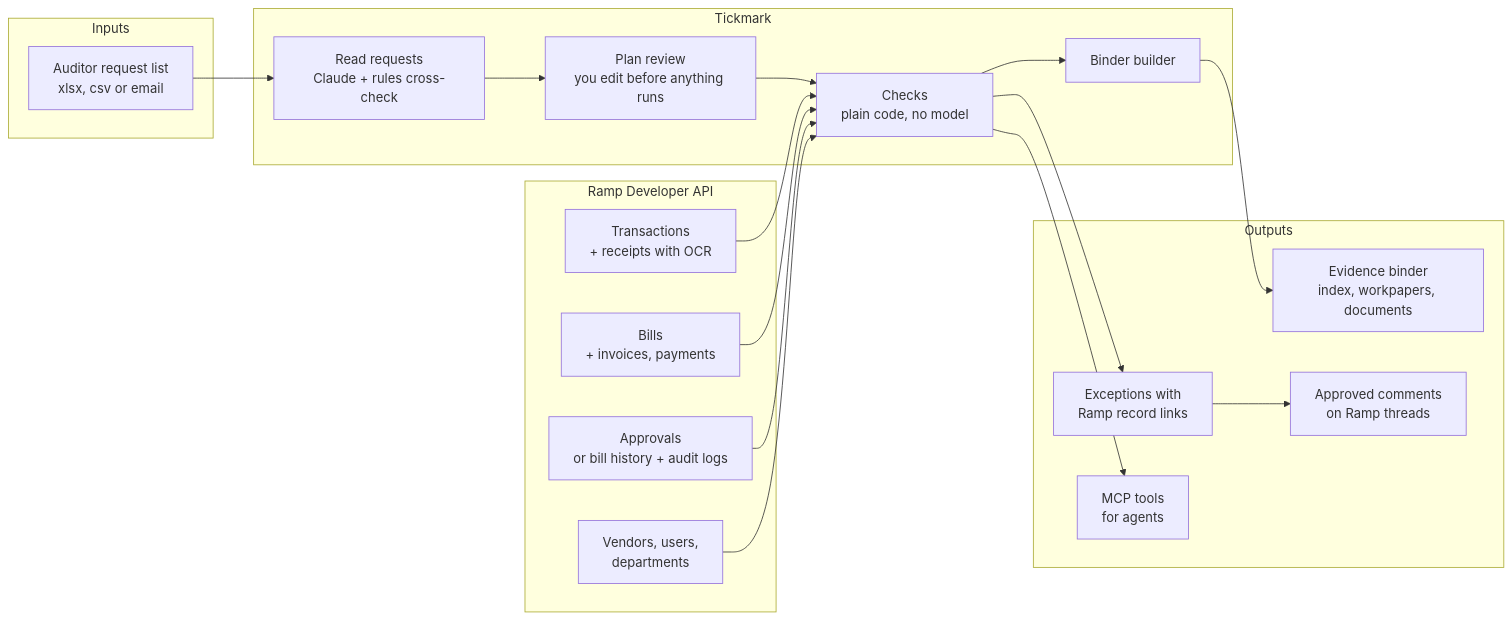
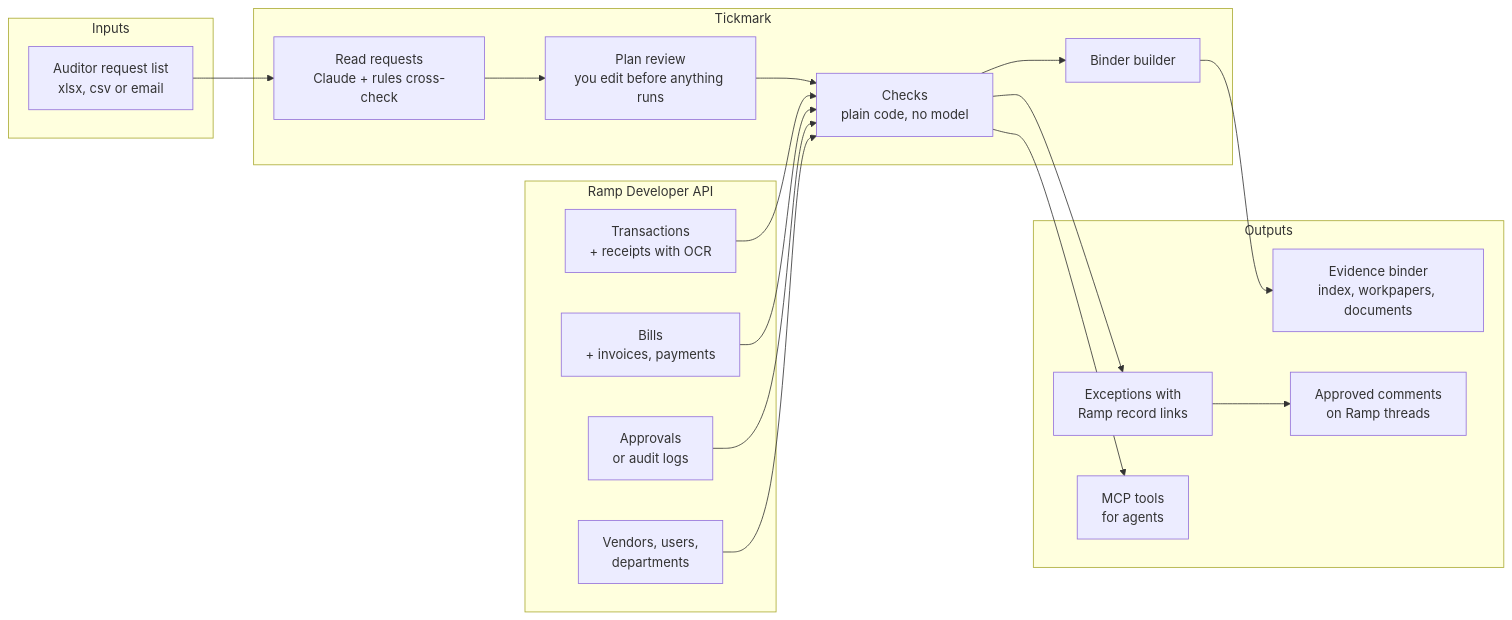
One commit to VolodymyrLinuxovich/tickmark changed the first of 2 diagrams in README.md. Above: the diagram before and after it, drawn with Mermaid. The commit also changed other lines of this file and 5 other files, not shown here.

Commit message:
Skip bill approvals cleanly now that Ramp removed bill history (#65)

````diff
--- a/README.md
+++ b/README.md
@@ -80,37 +80,37 @@
 ```mermaid
 flowchart LR
     subgraph IN["Inputs"]
         PBC[Auditor request list<br/>xlsx, csv or email]
     end
 
     subgraph RAMP["Ramp Developer API"]
         TX[Transactions<br/>+ receipts with OCR]
         BL[Bills<br/>+ invoices, payments]
-        AP[Approvals<br/>or bill history + audit logs]
+        AP[Approvals<br/>or audit logs]
         VU[Vendors, users,<br/>departments]
     end
 
     subgraph ENG["Tickmark"]
         PA[Read requests<br/>Claude + rules cross-check]
         PL[Plan review<br/>you edit before anything runs]
         CK[Checks<br/>plain code, no model]
         BD[Binder builder]
     end
 
     subgraph OUT["Outputs"]
         UI[Exceptions with<br/>Ramp record links]
         ZIP[Evidence binder<br/>index, workpapers, documents]
         CM[Approved comments<br/>on Ramp threads]
         MCP[MCP tools<br/>for agents]
     end
 
     PBC --> PA --> PL --> CK
     TX --> CK
     BL --> CK
     AP --> CK
     VU --> CK
     CK --> UI
     CK --> BD --> ZIP
     UI --> CM
     CK --> MCP
 ```
````
